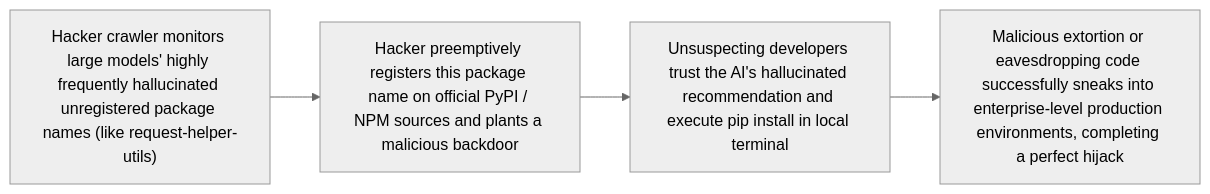
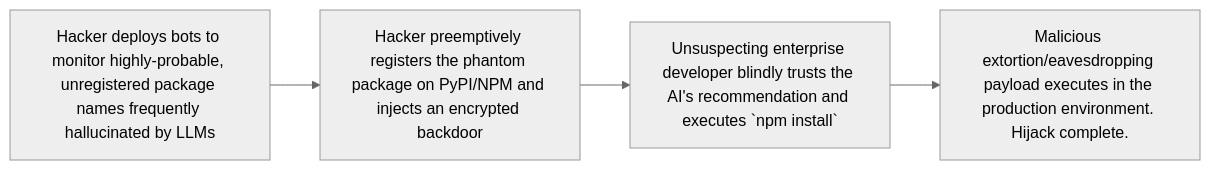
The second of 2 diagrams in i18n/en/docusaurus-plugin-content-docs/current/hallucination.md (ruanqizhen/cocode), drawn with Mermaid (neutral theme) before and after one commit. The commit also changed other lines of this file and 41 other files, not shown here.

````diff
--- a/i18n/en/docusaurus-plugin-content-docs/current/hallucination.md
+++ b/i18n/en/docusaurus-plugin-content-docs/current/hallucination.md
@@ -119,7 +113,6 @@
 ```mermaid
 flowchart LR
-    A["Hacker crawler monitors large models' highly frequently hallucinated unregistered package names (like request-helper-utils)"] --> B["Hacker preemptively registers this package name on official PyPI / NPM sources and plants a malicious backdoor"]
-    B --> C["Unsuspecting developers trust the AI's hallucinated recommendation and execute pip install in local terminal"]
-    C --> D["Malicious extortion or eavesdropping code successfully sneaks into enterprise-level production environments, completing a perfect hijack"]
-
+    A["Hacker deploys bots to monitor highly-probable, unregistered package names frequently hallucinated by LLMs"] --> B["Hacker preemptively registers the phantom package on PyPI/NPM and injects an encrypted backdoor"]
+    B --> C["Unsuspecting enterprise developer blindly trusts the AI's recommendation and executes `npm install`"]
+    C --> D["Malicious extortion/eavesdropping payload executes in the production environment. Hijack complete."]
 ```
````
